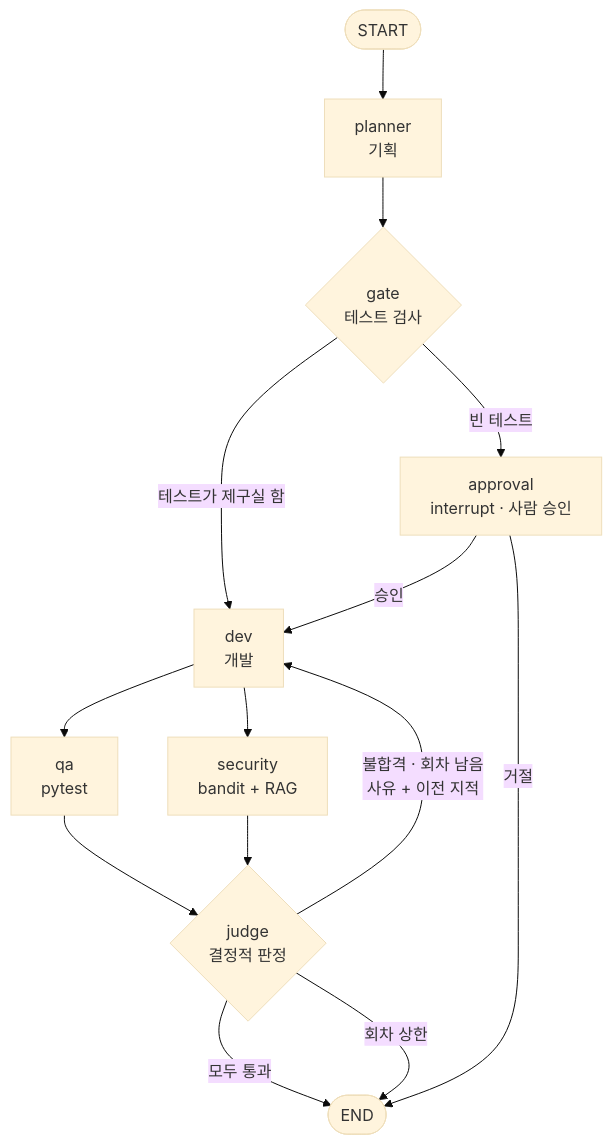
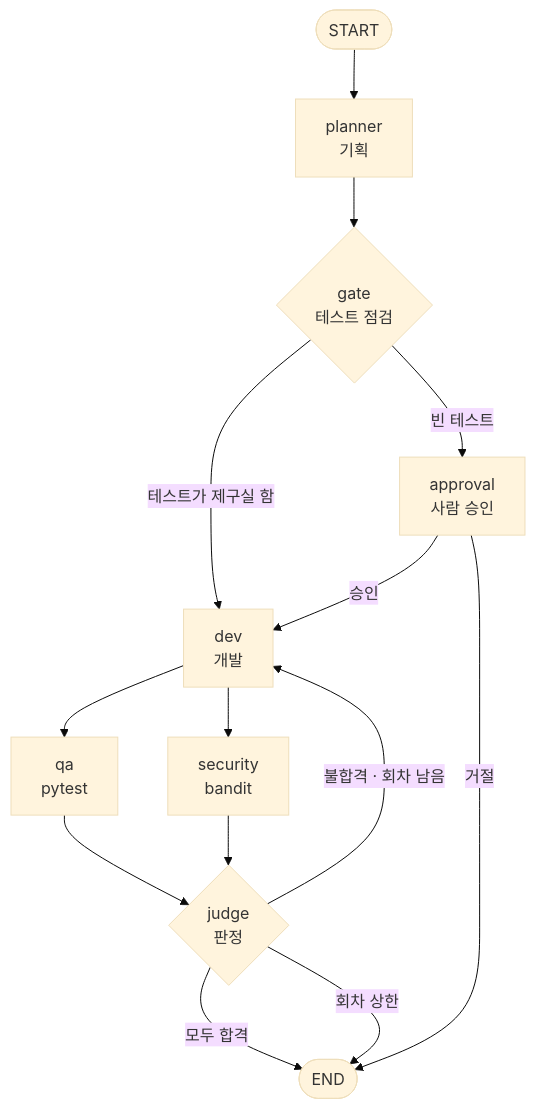
One commit to skeey66/V-SI changed the first of 3 diagrams in README.md. Above: the diagram before and after it, drawn with Mermaid (base theme). The commit also changed other lines of this file and 12 other files, not shown here.

````diff
--- a/README.md
+++ b/README.md
@@ -69,16 +131,16 @@
 ```mermaid
 flowchart TD
     S([START]) --> P[planner<br/>기획]
-    P --> G{gate<br/>테스트 검사}
+    P --> G{gate<br/>테스트 점검}
     G -- 테스트가 제구실 함 --> D[dev<br/>개발]
-    G -- 빈 테스트 --> A[approval<br/>interrupt · 사람 승인]
+    G -- 빈 테스트 --> A[approval<br/>사람 승인]
     A -- 승인 --> D
     A -- 거절 --> E([END])
     D --> Q[qa<br/>pytest]
-    D --> SEC[security<br/>bandit + RAG]
-    Q --> J{judge<br/>결정적 판정}
+    D --> SEC[security<br/>bandit]
+    Q --> J{judge<br/>판정}
     SEC --> J
-    J -- 모두 통과 --> E
-    J -- 불합격 · 회차 남음<br/>사유 + 이전 지적 --> D
+    J -- 모두 합격 --> E
+    J -- 불합격 · 회차 남음 --> D
     J -- 회차 상한 --> E
 ```
````
